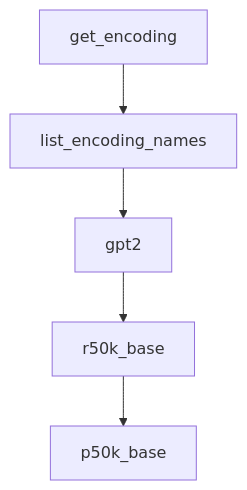
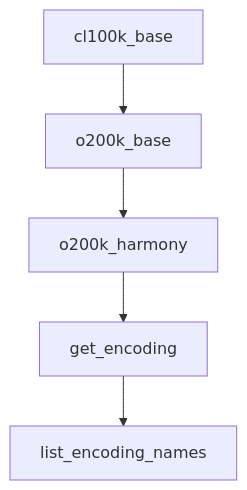
One commit to johnxie/awesome-code-docs changed the diagram in tutorials/tiktoken-tutorial/07-multilingual-tokenization.md. Above: the diagram before and after it, drawn with Mermaid. The commit also changed other lines of this file and 1232 other files, not shown here.

````diff
--- a/tutorials/tiktoken-tutorial/07-multilingual-tokenization.md
+++ b/tutorials/tiktoken-tutorial/07-multilingual-tokenization.md
@@ -250,12 +271,12 @@
 ```mermaid
 flowchart TD
-    A[get_encoding]
-    B[list_encoding_names]
-    C[gpt2]
-    D[r50k_base]
-    E[p50k_base]
+    A[cl100k_base]
+    B[o200k_base]
+    C[o200k_harmony]
+    D[get_encoding]
+    E[list_encoding_names]
     A --> B
     B --> C
     C --> D
     D --> E
 ```
````
